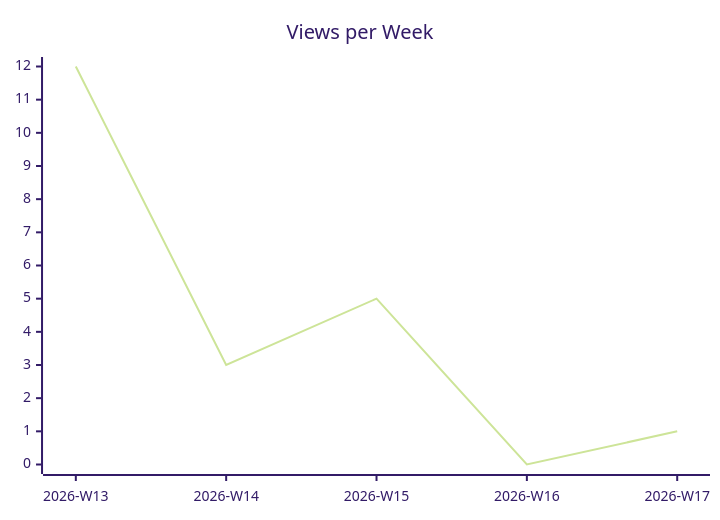
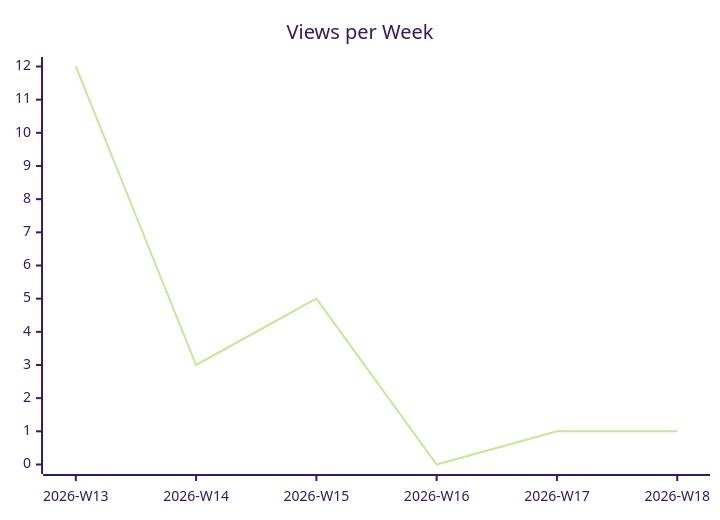
The second of 3 diagrams in karlmdavis/xmlpull/README.md (justdavis-family/github-analytics-data), drawn with Mermaid (forest theme) before and after one commit. The commit also changed other lines of this file and 184 other files, not shown here.

````diff
--- a/karlmdavis/xmlpull/README.md
+++ b/karlmdavis/xmlpull/README.md
@@ -12,6 +12,6 @@
 ```mermaid
 xychart-beta
   title "Views per Week"
-  x-axis ["2026-W13", "2026-W14", "2026-W15", "2026-W16", "2026-W17"]
-  line [12, 3, 5, 0, 1]
+  x-axis ["2026-W13", "2026-W14", "2026-W15", "2026-W16", "2026-W17", "2026-W18"]
+  line [12, 3, 5, 0, 1, 1]
 ```
````
